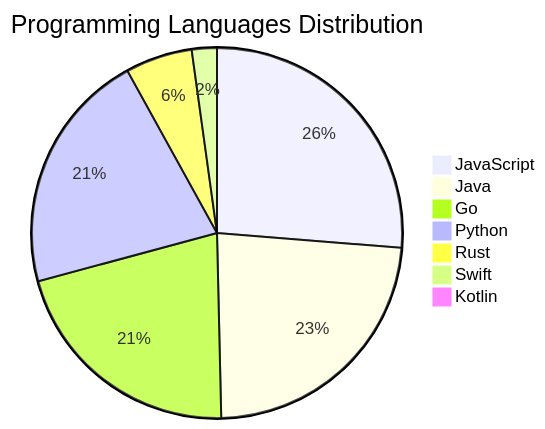
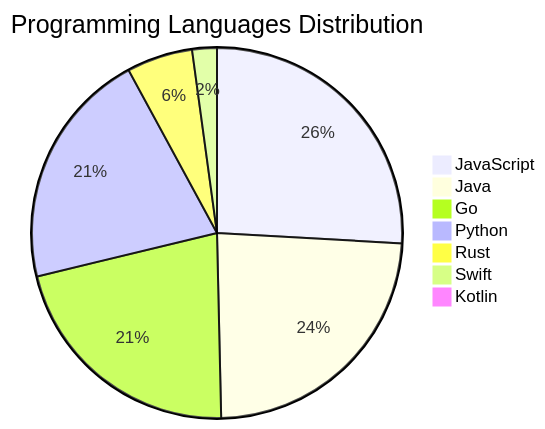
Before and after one commit to Derrick-MUGISHA/github-activity-bot: the diagram in README.md, drawn with Mermaid. The commit also changed other lines of this file and 4 other files, not shown here.

````diff
--- a/README.md
+++ b/README.md
@@ -207,10 +207,10 @@
 ```mermaid
 pie title Programming Languages Distribution
     "JavaScript" : 36
-    "Java" : 32
-    "Go" : 29
+    "Java" : 33
+    "Go" : 30
     "Python" : 29
     "Rust" : 8
     "Swift" : 3
     "Kotlin" : 1
 ```
````
